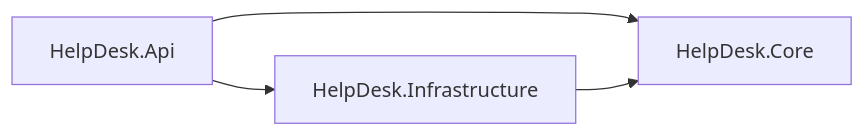
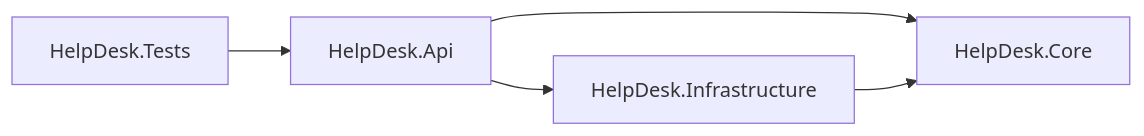
One commit to sanbrasp/advancedbackendprogramming changed the second of 2 diagrams in HelpDesk.Api/README.md. Above: the diagram before and after it, drawn with Mermaid. The commit also changed other lines of this file and 2 other files, not shown here.

Commit message:
docs: update Api README.md, solution README.md, and Week46_RobustApis.md

````diff
--- a/HelpDesk.Api/README.md
+++ b/HelpDesk.Api/README.md
@@ -192,6 +193,7 @@
 ```mermaid
 flowchart LR
   Api[HelpDesk.Api] --> Core[HelpDesk.Core]
   Api --> Infra[HelpDesk.Infrastructure]
   Infra --> Core
+  Tests[HelpDesk.Tests] --> Api
 ```
````
